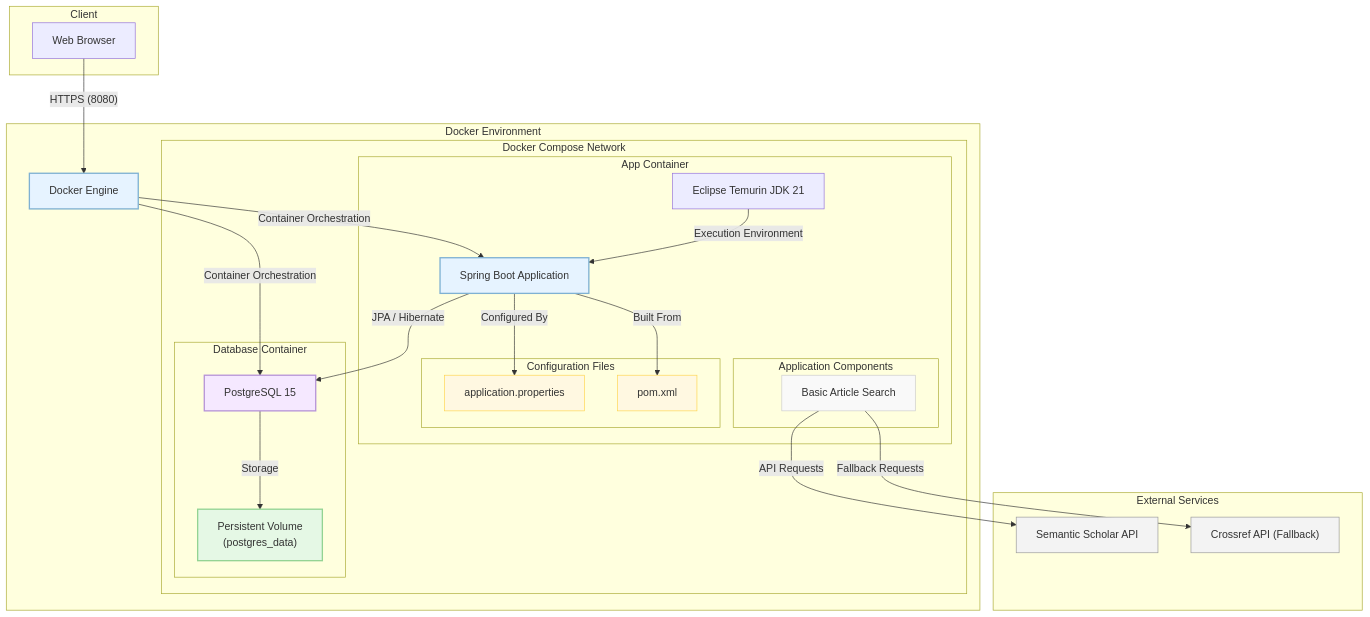
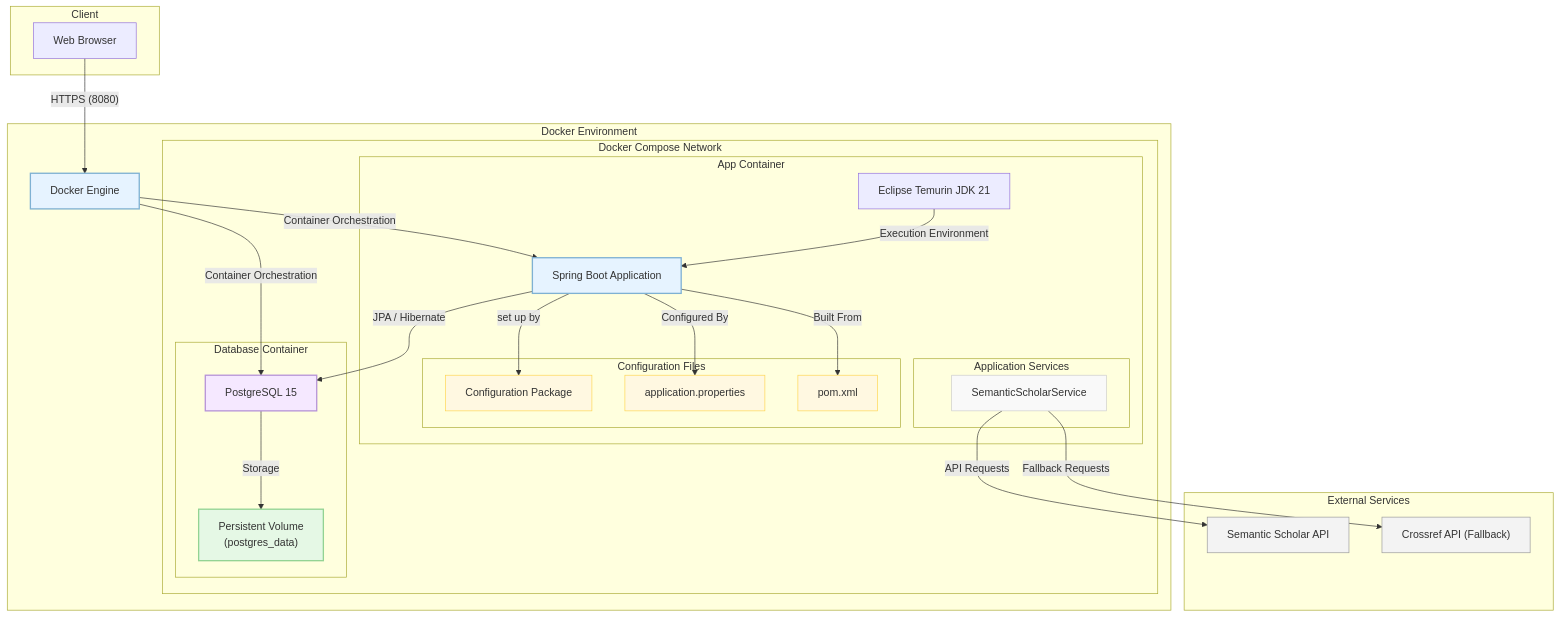
The diagram in diagrams/deploymentDiagram.mmd (AxlAleT/loginDemo), drawn with Mermaid before and after one commit. The commit also changed 2 other files, not shown here.

Commit message:
changes at the useCases and deploymentDiagram

```diff
--- a/diagrams/deploymentDiagram.mmd
+++ b/diagrams/deploymentDiagram.mmd
@@ -1,64 +1,66 @@
 flowchart TB
     subgraph "Client"
         browser["Web Browser"]
     end
 
     subgraph "Docker Environment"
         docker["Docker Engine"]
         
         subgraph "Docker Compose Network"
             subgraph "App Container"
                 jdk["Eclipse Temurin JDK 21"]
                 springapp["Spring Boot Application"]
                 
-                subgraph "Application Components"
-                    articleSearch["Basic Article Search"]
+                subgraph "Application Services"
+                    articleSearch["SemanticScholarService"]
                 end
                 
                 subgraph "Configuration Files"
+                    confPack["Configuration Package"]
                     appProps["application.properties"]
                     pom["pom.xml"]
                 end
             end
             
             subgraph "Database Container"
                 postgres["PostgreSQL 15"]
                 pgdata["Persistent Volume\n(postgres_data)"]
             end
         end
     end
 
     subgraph "External Services"
         scholar["Semantic Scholar API"]
         crossref["Crossref API (Fallback)"]
     end
     
     %% Connections
     browser -->|"HTTPS (8080)"|docker
     docker -->|"Container Orchestration"|springapp
     docker -->|"Container Orchestration"|postgres
     
     jdk -->|"Execution Environment"|springapp
     
     springapp -->|"JPA / Hibernate"|postgres
     postgres -->|"Storage"|pgdata
     
     articleSearch -->|"API Requests"|scholar
     articleSearch -->|"Fallback Requests"|crossref
     
     springapp -->|"Configured By"|appProps
     springapp -->|"Built From"|pom
+    springapp -->|"set up by"|confPack
 
     classDef container fill:#e6f3ff,stroke:#7fb1d3,stroke-width:2px
     classDef component fill:#f9f9f9,stroke:#ccc,stroke-width:1px
     classDef database fill:#f5e8ff,stroke:#b794d8,stroke-width:2px
     classDef volume fill:#e5f8e5,stroke:#93d393,stroke-width:2px
     classDef file fill:#fff8e1,stroke:#ffd54f,stroke-width:1px
     classDef external fill:#f3f3f3,stroke:#999,stroke-width:1px
     
     class docker,springapp container
     class articleSearch component
     class postgres database
     class pgdata volume
-    class appProps,pom file
+    class confPack,appProps,pom file
     class scholar,crossref external
```
